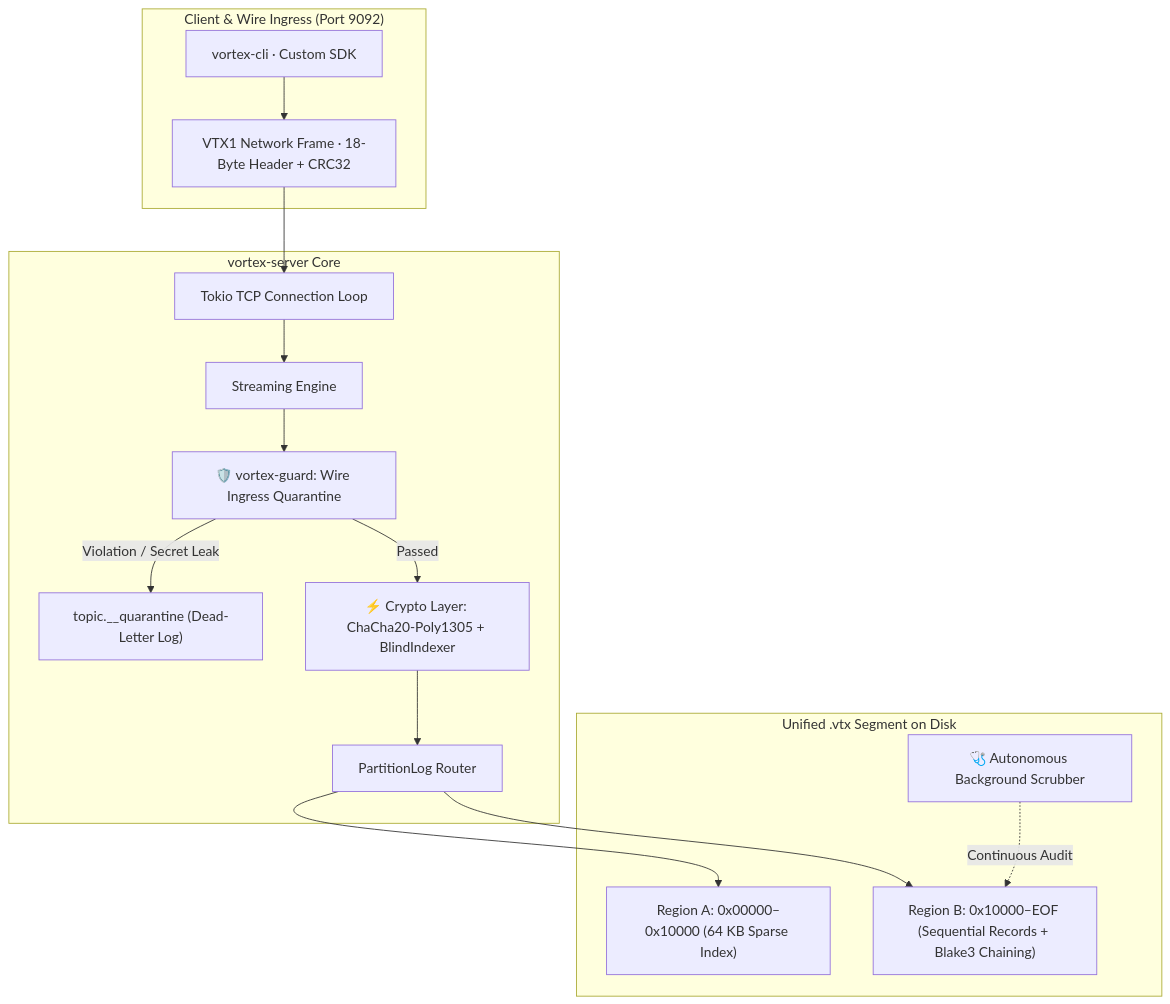
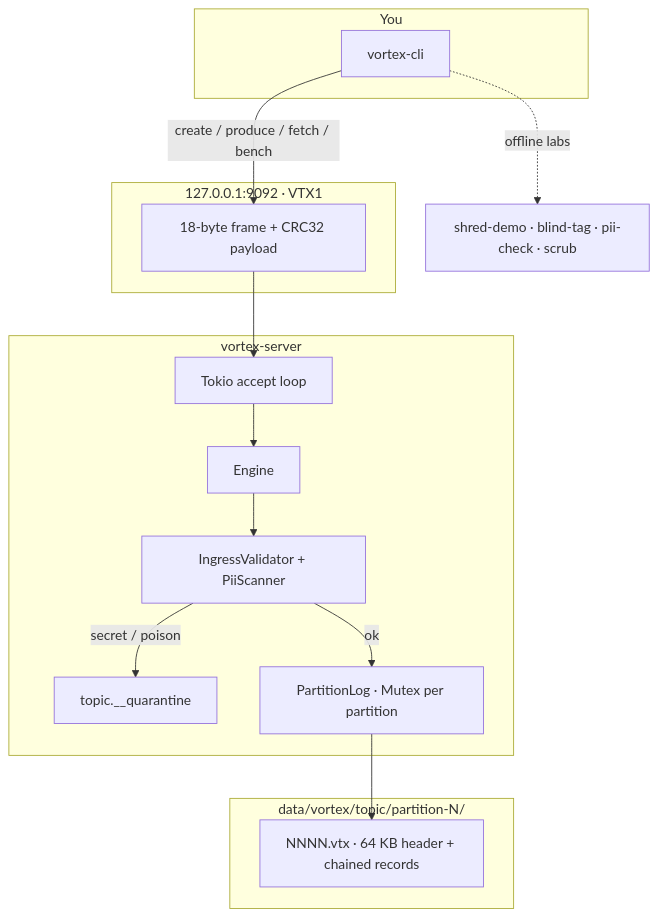
Before and after one commit to Ujjwal0207/Vortex: the first of 3 diagrams in README.md, drawn with Mermaid. The commit also changed other lines of this file, not shown here.

````diff
--- a/README.md
+++ b/README.md
@@ -234,29 +103,29 @@
 ```mermaid
 flowchart TB
-  subgraph Ingress["Client & Wire Ingress (Port 9092)"]
-    CLI["vortex-cli · Custom SDK"]
-    FR["VTX1 Network Frame · 18-Byte Header + CRC32"]
+  subgraph You
+    CLI["vortex-cli"]
   end
 
-  subgraph Broker["vortex-server Core"]
-    TCP["Tokio TCP Connection Loop"]
-    ENG["Streaming Engine"]
-    GUARD["🛡️ vortex-guard: Wire Ingress Quarantine"]
-    DLQ["topic.__quarantine (Dead-Letter Log)"]
-    CRYPTO["⚡ Crypto Layer: ChaCha20-Poly1305 + BlindIndexer"]
-    PART["PartitionLog Router"]
+  subgraph TCP["127.0.0.1:9092 · VTX1"]
+    FR["18-byte frame + CRC32 payload"]
   end
 
-  subgraph Storage["Unified .vtx Segment on Disk"]
-    REGA["Region A: 0x00000–0x10000 (64 KB Sparse Index)"]
-    REGB["Region B: 0x10000–EOF (Sequential Records + Blake3 Chaining)"]
-    SCRUB["🩺 Autonomous Background Scrubber"]
+  subgraph Broker["vortex-server"]
+    CONN["Tokio accept loop"]
+    ENG["Engine"]
+    G["IngressValidator + PiiScanner"]
+    Q["topic.__quarantine"]
+    P["PartitionLog · Mutex per partition"]
   end
 
-  CLI --> FR --> TCP --> ENG --> GUARD
-  GUARD -->|Violation / Secret Leak| DLQ
-  GUARD -->|Passed| CRYPTO --> PART
-  PART --> REGA
-  PART --> REGB
-  SCRUB -.->|Continuous Audit| REGB
+  subgraph Disk["data/vortex/topic/partition-N/"]
+    VTX["NNNN.vtx · 64 KB header + chained records"]
+  end
+
+  CLI -->|"create / produce / fetch / bench"| FR
+  FR --> CONN --> ENG --> G
+  G -->|secret / poison| Q
+  G -->|ok| P --> VTX
+
+  CLI -.->|"offline labs"| LABS["shred-demo · blind-tag · pii-check · scrub"]
 ```
````
